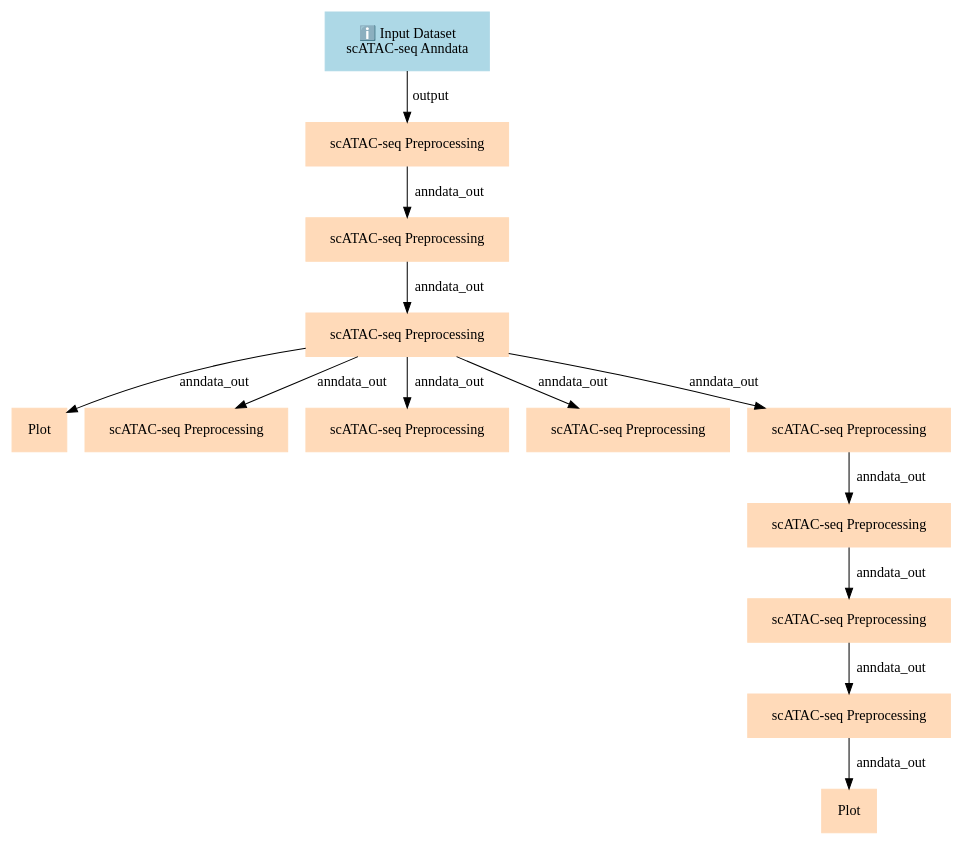
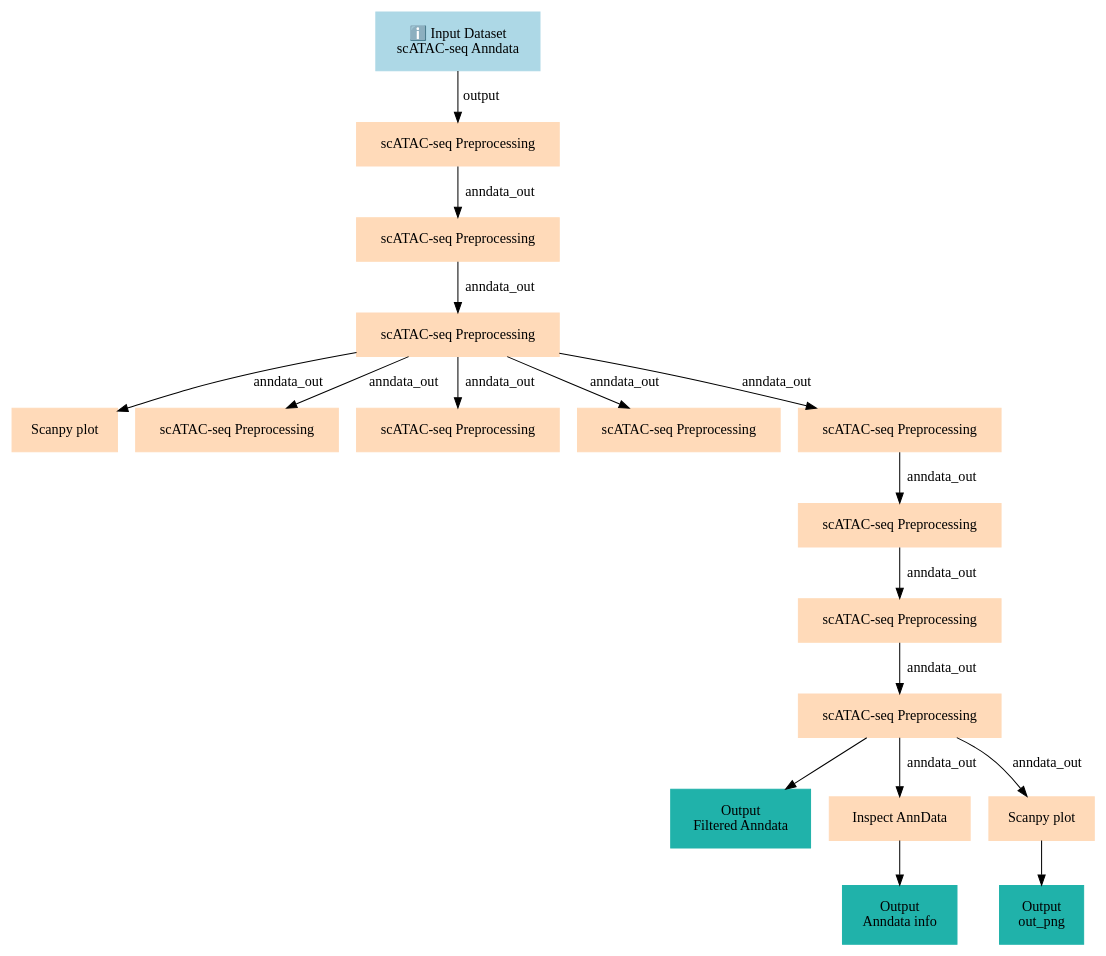
Before and after one commit to galaxyproject/training-material: the diagram in api/workflows/single-cell/scatac-preprocessing-tenx/scatac-seq-count-matrix-filtering/graph.dot, drawn with Graphviz. The commit also changed 10006 other files, not shown here.

```diff
--- a/api/workflows/single-cell/scatac-preprocessing-tenx/scatac-seq-count-matrix-filtering/graph.dot
+++ b/api/workflows/single-cell/scatac-preprocessing-tenx/scatac-seq-count-matrix-filtering/graph.dot
@@ -1,29 +1,37 @@
 digraph main {
   node [fontname="Atkinson Hyperlegible", shape=box, color=white,style=filled,color=peachpuff,margin="0.2,0.2"];
   edge [fontname="Atkinson Hyperlegible"];
   0[color=lightblue,label="ℹ️ Input Dataset\nscATAC-seq Anndata"]
   1[label="scATAC-seq Preprocessing"]
   0 -> 1 [label="output"]
   2[label="scATAC-seq Preprocessing"]
   1 -> 2 [label="anndata_out"]
   3[label="scATAC-seq Preprocessing"]
   2 -> 3 [label="anndata_out"]
-  4[label="Plot"]
+  4[label="Scanpy plot"]
   3 -> 4 [label="anndata_out"]
   5[label="scATAC-seq Preprocessing"]
   3 -> 5 [label="anndata_out"]
   6[label="scATAC-seq Preprocessing"]
   3 -> 6 [label="anndata_out"]
   7[label="scATAC-seq Preprocessing"]
   3 -> 7 [label="anndata_out"]
   8[label="scATAC-seq Preprocessing"]
   3 -> 8 [label="anndata_out"]
   9[label="scATAC-seq Preprocessing"]
   8 -> 9 [label="anndata_out"]
   10[label="scATAC-seq Preprocessing"]
   9 -> 10 [label="anndata_out"]
   11[label="scATAC-seq Preprocessing"]
   10 -> 11 [label="anndata_out"]
-  12[label="Plot"]
+  k019f2426d1444143a7f260e51385623e[color=lightseagreen,label="Output\nFiltered Anndata"]
+  11 -> k019f2426d1444143a7f260e51385623e
+  12[label="Inspect AnnData"]
   11 -> 12 [label="anndata_out"]
+  kc16d5f08eb754332bfbe701af27395b4[color=lightseagreen,label="Output\nAnndata info"]
+  12 -> kc16d5f08eb754332bfbe701af27395b4
+  13[label="Scanpy plot"]
+  11 -> 13 [label="anndata_out"]
+  kfc369121d4a34309bf6a7780767f52f6[color=lightseagreen,label="Output\nout_png"]
+  13 -> kfc369121d4a34309bf6a7780767f52f6
 }
```
